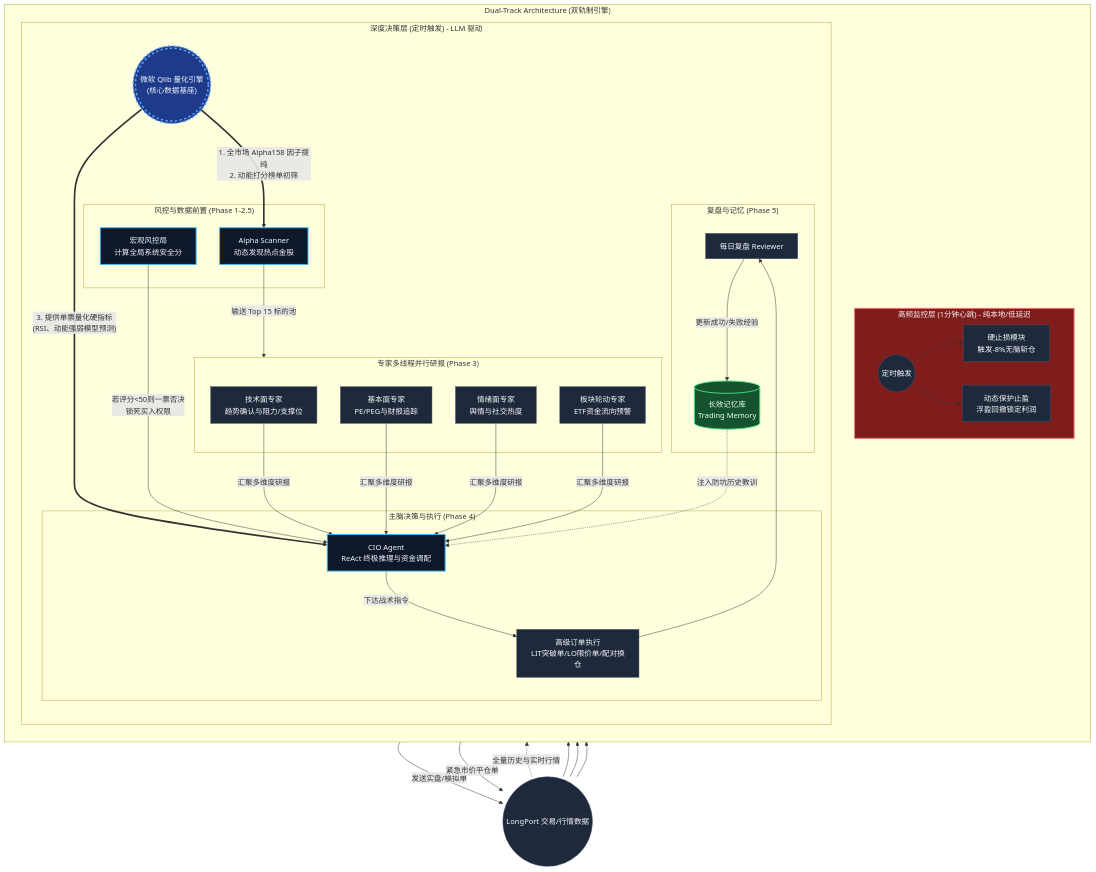
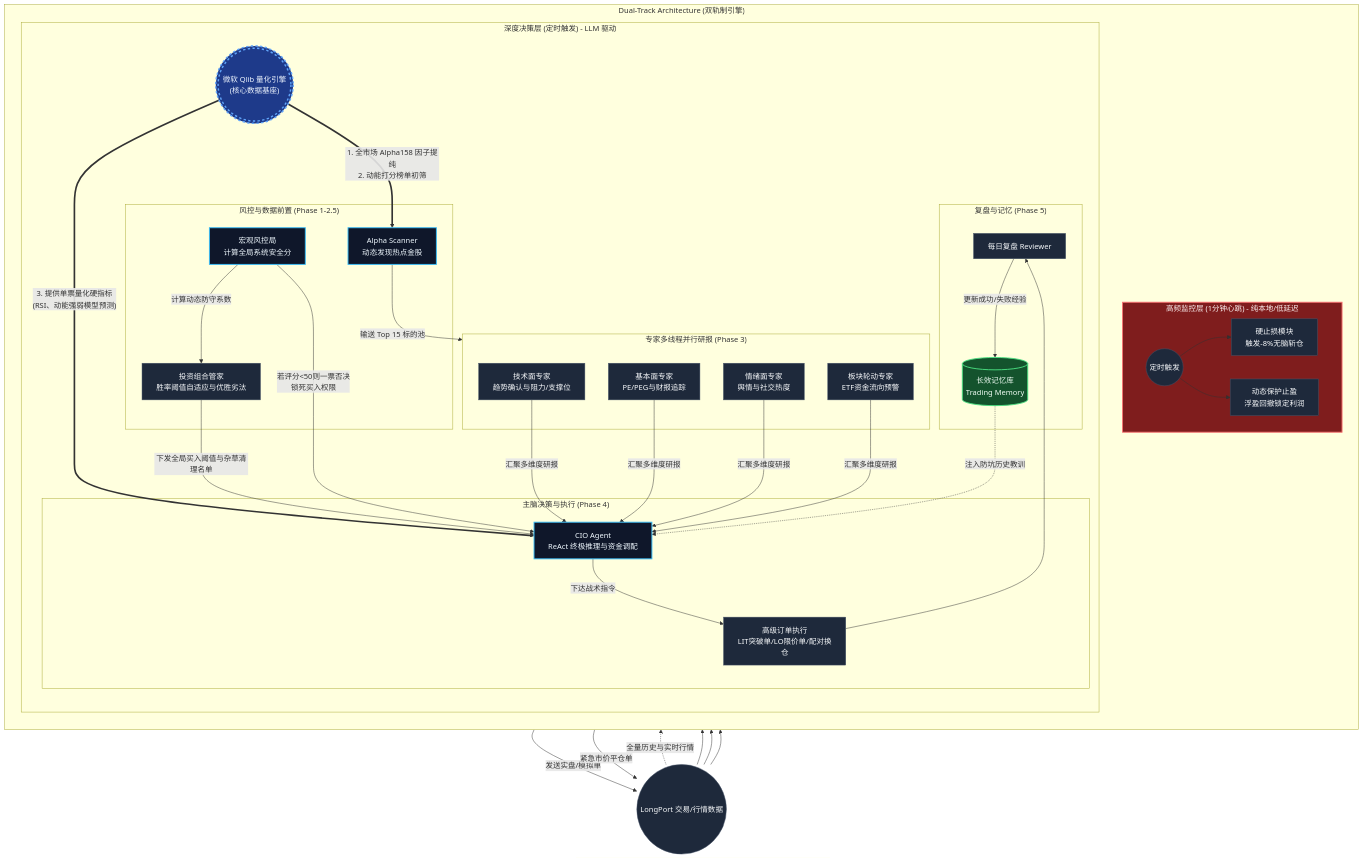
The first of 2 diagrams in README.md (lsluqiye-lab/LP_agent), drawn with Mermaid before and after one commit. The commit also changed other lines of this file, not shown here.

Commit message:
docs: update architecture diagram and agent matrix with PortfolioManager

```diff
--- a/README.md
+++ b/README.md
@@ -40,6 +40,7 @@
             %% Phase 1-2.5
             subgraph Phase_Front ["风控与数据前置 (Phase 1-2.5)"]
                 MacroRisk[宏观风控局<br>计算全局系统安全分]
+                PortManager[投资组合管家<br>胜率阈值自适应与优胜劣汰]
                 AlphaScan[Alpha Scanner<br>动态发现热点金股]
             end
 
@@ -81,6 +82,8 @@
     LongPort --> Phase_Experts
 
     AlphaScan -->|"输送 Top 15 标的池"| Phase_Experts
+    MacroRisk -->|"计算动态防守系数"| PortManager
+    PortManager -->|"下发全局买入阈值与杂草清理名单"| CIO
     MacroRisk -->|"若评分<50则一票否决<br>锁死买入权限"| CIO
     
     TechExpert & FundExpert & SentExpert & SectExpert -->|"汇聚多维度研报"| CIO
```
